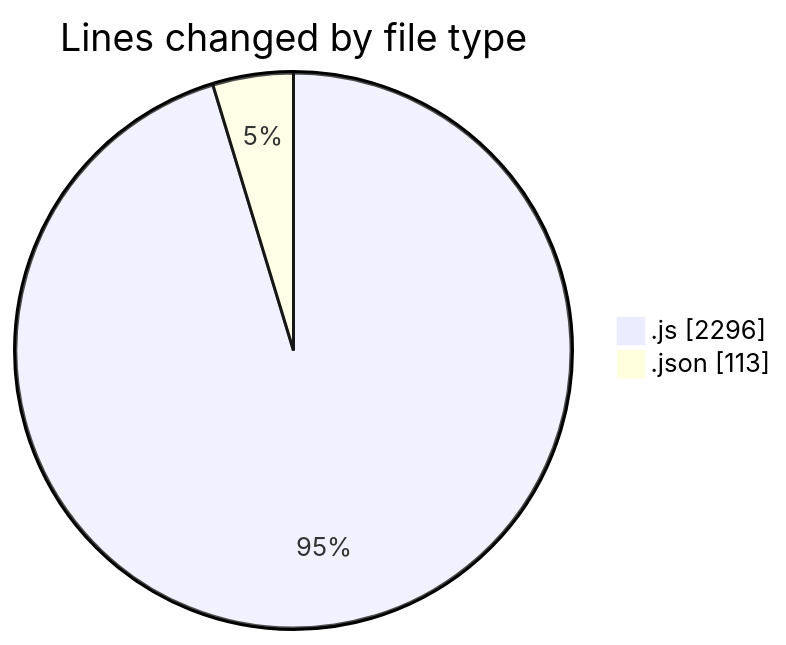
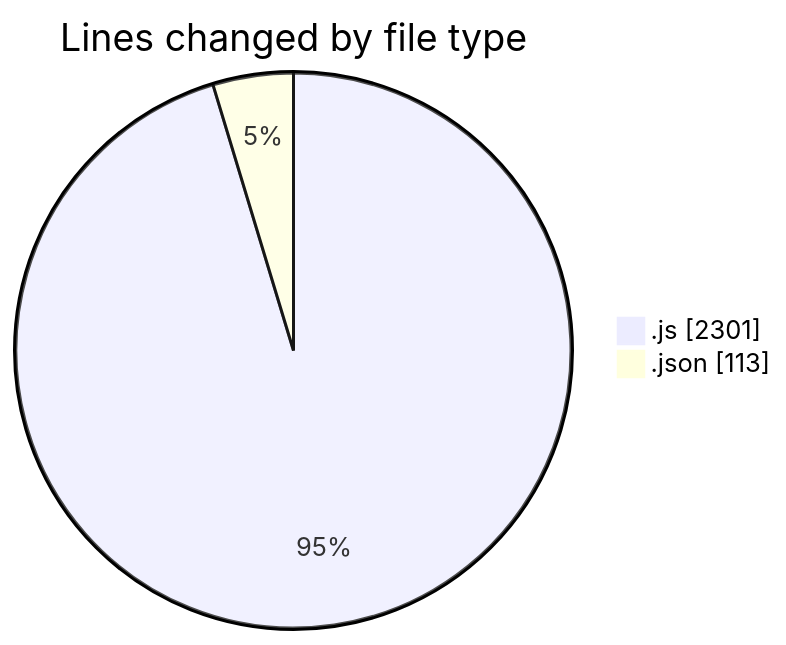
The first of 2 diagrams in 2025-04-03/jsvms/README.md (BS-eng2023/code-tracking), drawn with Mermaid before and after one commit. The commit also changed other lines of this file and 1 other file, not shown here.

````diff
--- a/2025-04-03/jsvms/README.md
+++ b/2025-04-03/jsvms/README.md
@@ -34,6 +34,6 @@
 ```mermaid
 pie showData
 title Lines changed by file type
-".js" : 2296
+".js" : 2301
 ".json" : 113
 ```
````
